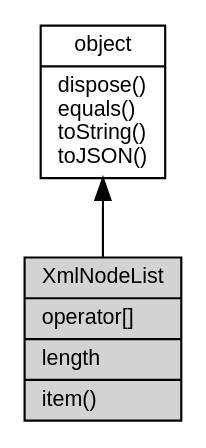
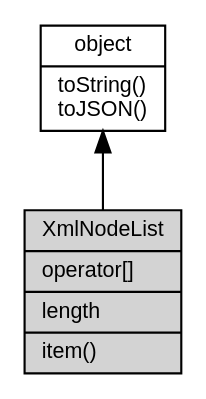
Before and after one commit to asionius/fibjs-ceph: the diagram in docs/object/ifs/XmlNodeList.md, drawn with Graphviz. The commit also changed other lines of this file and 138 other files, not shown here.

````diff
--- a/docs/object/ifs/XmlNodeList.md
+++ b/docs/object/ifs/XmlNodeList.md
@@ -5,10 +5,10 @@
 ```dot
 digraph {
     node [fontname="Helvetica,sans-Serif", fontsize=10, shape="record", style="filled", fillcolor="white"];
 
-    object [tooltip="object", URL="object.md", label="{object|dispose()\lequals()\ltoString()\ltoJSON()\l}"];
-    XmlNodeList [tooltip="XmlNodeList", fillcolor="lightgray", label="{XmlNodeList|operator[]\l|length\l|item()\l}"];
+    object [tooltip="object", URL="object.md", label="{object|toString()\ltoJSON()\l}"];
+    XmlNodeList [tooltip="XmlNodeList", fillcolor="lightgray", id="me", label="{XmlNodeList|operator[]\l|length\l|item()\l}"];
 
     object -> XmlNodeList [dir=back];
 }
 ```
````
